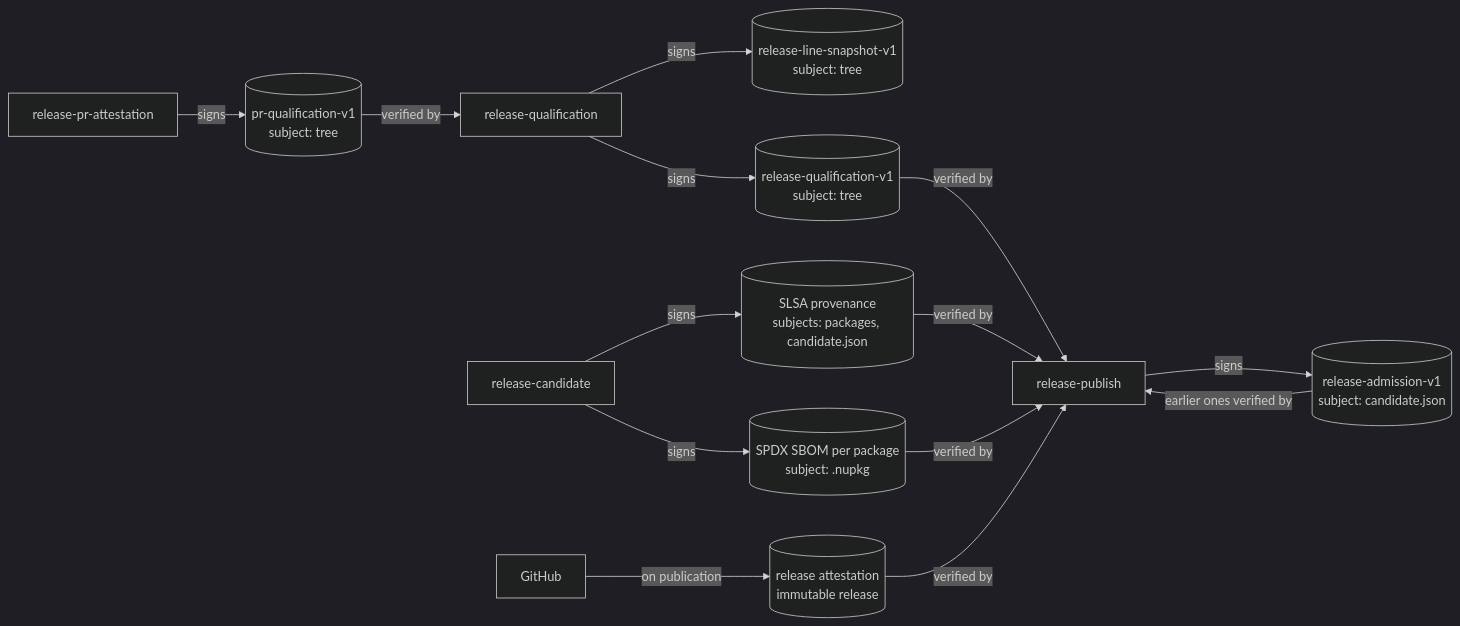
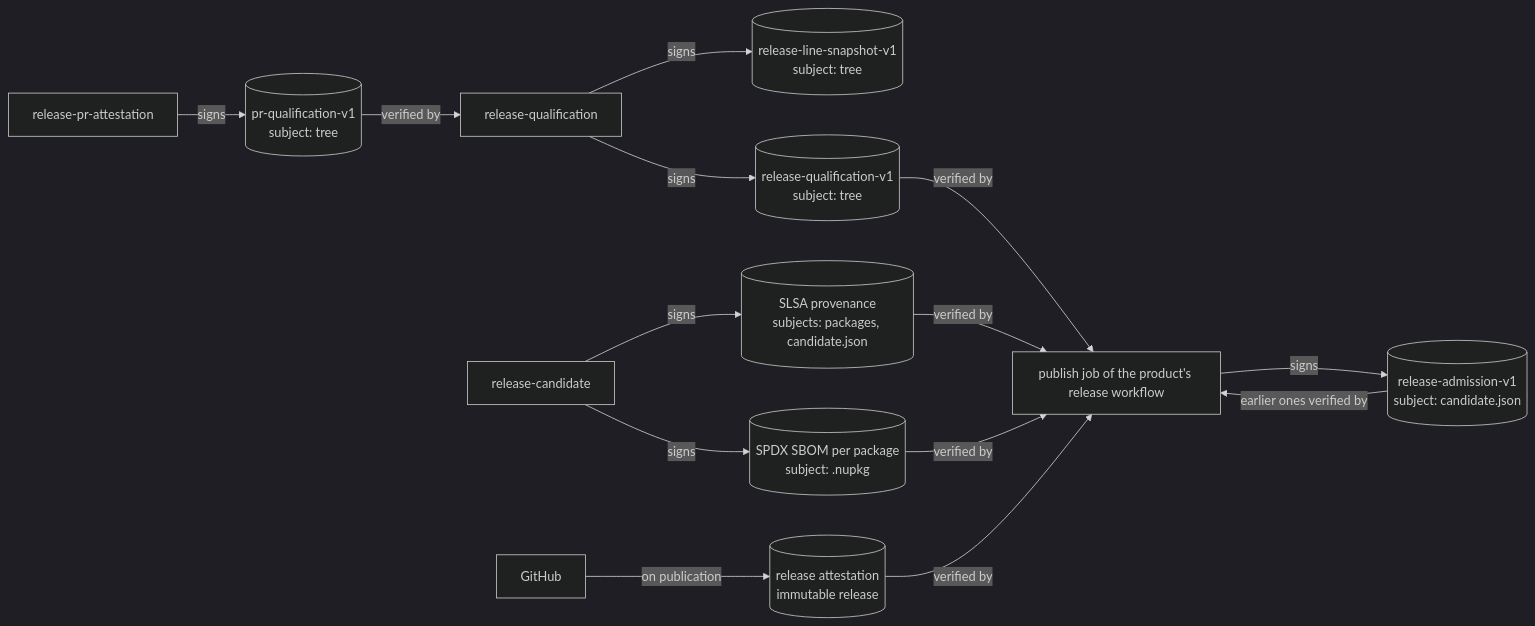
One commit to doka-labs/workflows changed diagram 17 of 19 in docs/overview.md. Above: the diagram before and after it, drawn with Mermaid (dark theme). The commit also changed other lines of this file and 9 other files, not shown here.

First line of the commit message:
fix(release): publish through an action the product job calls (#12)

````diff
--- a/docs/overview.md
+++ b/docs/overview.md
@@ -440,17 +447,17 @@
 ```mermaid
 flowchart LR
   prat["release-pr-attestation"] -- signs --> a1[("pr-qualification-v1<br/>subject: tree")]
   qual["release-qualification"] -- signs --> a2[("release-line-snapshot-v1<br/>subject: tree")]
   qual -- signs --> a3[("release-qualification-v1<br/>subject: tree")]
   cand["release-candidate"] -- signs --> a4[("SLSA provenance<br/>subjects: packages, candidate.json")]
   cand -- signs --> a5[("SPDX SBOM per package<br/>subject: .nupkg")]
-  pub["release-publish"] -- signs --> a6[("release-admission-v1<br/>subject: candidate.json")]
+  pub["publish job of the product's release workflow"] -- signs --> a6[("release-admission-v1<br/>subject: candidate.json")]
   gh["GitHub"] -- "on publication" --> a7[("release attestation<br/>immutable release")]
 
   a1 -- "verified by" --> qual
   a3 -- "verified by" --> pub
   a4 -- "verified by" --> pub
   a5 -- "verified by" --> pub
   a6 -- "earlier ones verified by" --> pub
   a7 -- "verified by" --> pub
 ```
````
